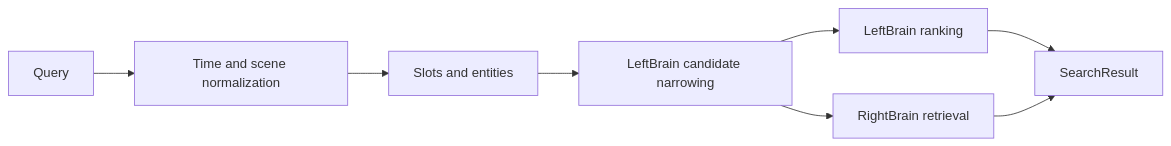
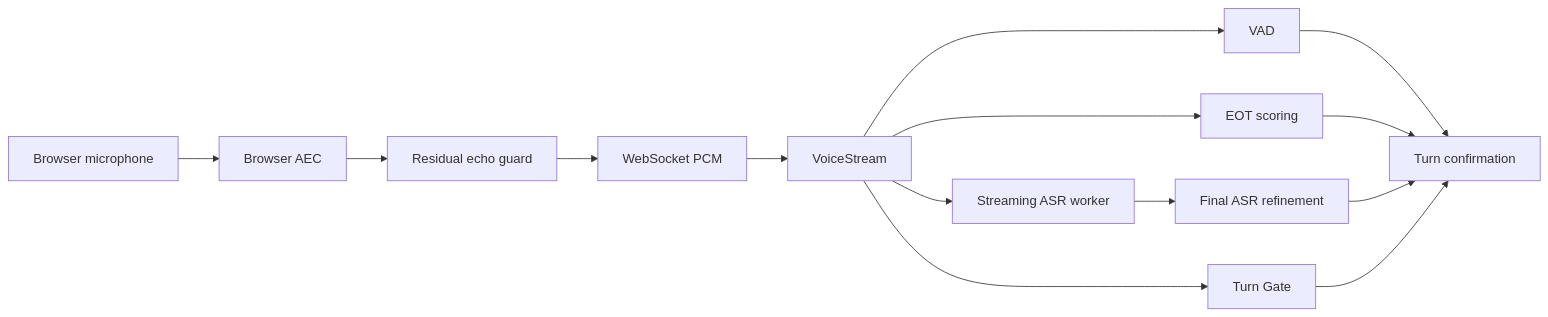
The second of 4 diagrams in ARCHITECTURE.md (lang-jiaqi/VoiceMem-Studio), drawn with Mermaid before and after one commit. The commit also changed other lines of this file, not shown here.

````diff
--- a/ARCHITECTURE.md
+++ b/ARCHITECTURE.md
@@ -163,10 +175,16 @@
 ```mermaid
 flowchart LR
-    Query --> Normalize[Time and scene normalization]
-    Normalize --> Classify[Slots and entities]
-    Classify --> Candidates[LeftBrain candidate narrowing]
-    Candidates --> Rank[LeftBrain ranking]
-    Candidates --> RB[RightBrain retrieval]
-    Rank --> Result[SearchResult]
-    RB --> Result
+    Mic[Browser microphone] --> AEC[Browser AEC]
+    AEC --> Residual[Residual echo guard]
+    Residual --> WS[WebSocket PCM]
+    WS --> Stream[VoiceStream]
+    Stream --> ASR[Streaming ASR worker]
+    Stream --> VAD[VAD]
+    Stream --> EOT[EOT scoring]
+    Stream --> Gate[Turn Gate]
+    ASR --> Final[Final ASR refinement]
+    VAD --> Confirm[Turn confirmation]
+    EOT --> Confirm
+    Final --> Confirm
+    Gate --> Confirm
 ```
````
